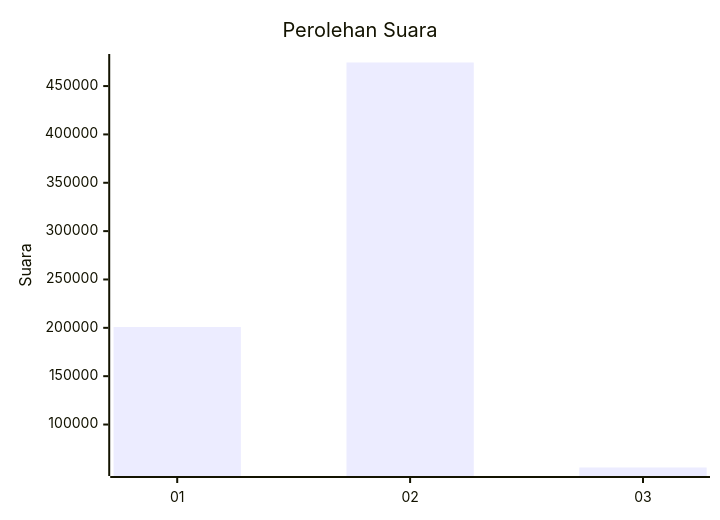
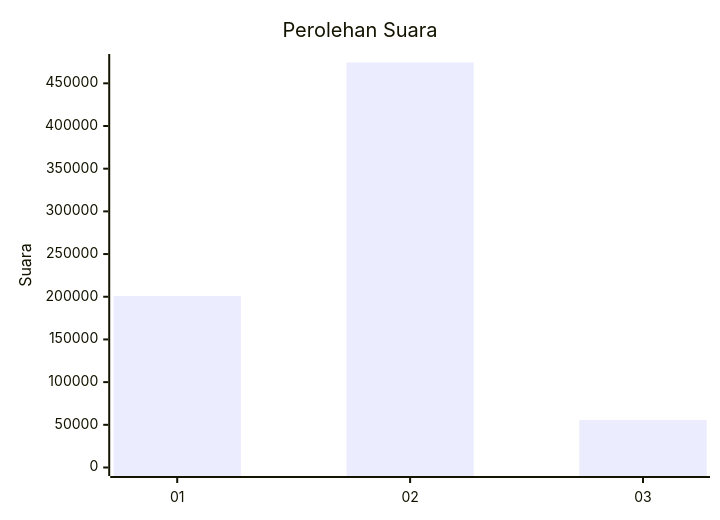
The first of 2 diagrams in pilpres/hitung-suara/sub/table-wilayah-76.md (gigit-pemilu/pemilu-2024), drawn with Mermaid before and after one commit. The commit also changed 42 other files, not shown here.

````diff
--- a/pilpres/hitung-suara/sub/table-wilayah-76.md
+++ b/pilpres/hitung-suara/sub/table-wilayah-76.md
@@ -7,7 +7,7 @@
 ```mermaid
 xychart-beta
     title "Perolehan Suara"
     x-axis [01, 02, 03]
-    y-axis "Suara"
+    y-axis "Suara" 0 --> 474371
     bar [200900, 474371, 55566]
 ```
````
